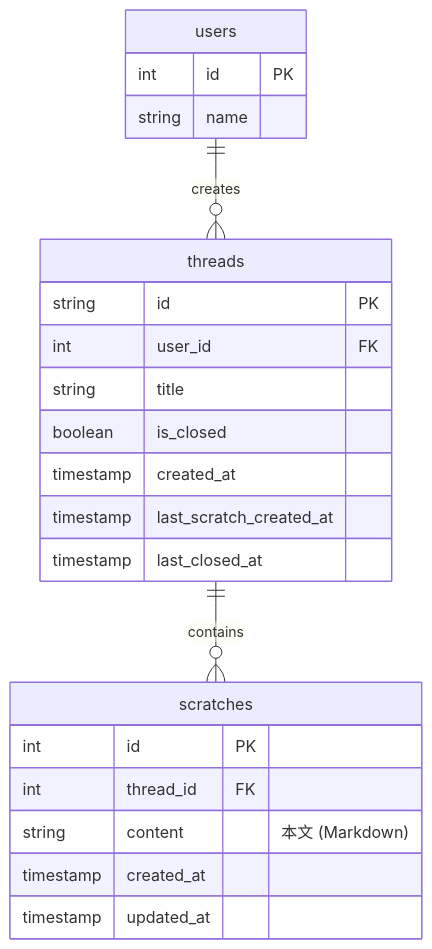
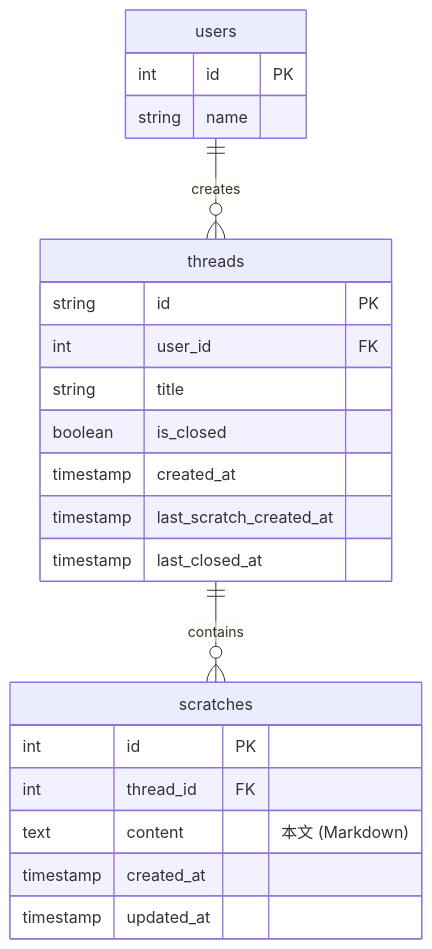
One commit to ysato/Ysato.Scrawl.Docs changed the diagram in database.mmd. Above: the diagram before and after it, drawn with Mermaid.

Commit message:
fix: change content field type from string to text in scratches table

```diff
--- a/database.mmd
+++ b/database.mmd
@@ -1,26 +1,26 @@
 erDiagram
     "users" {
         int id PK
         string name
     }
 
     "threads" {
         string id PK
         int user_id FK
         string title
         boolean is_closed
         timestamp created_at
         timestamp last_scratch_created_at
         timestamp last_closed_at
     }
 
     "scratches" {
         int id PK
         int thread_id FK
-        string content "本文 (Markdown)"
+        text content "本文 (Markdown)"
         timestamp created_at
         timestamp updated_at
     }
 
     "users" ||--o{ "threads": "creates"
     "threads" ||--o{ "scratches": "contains"
```
